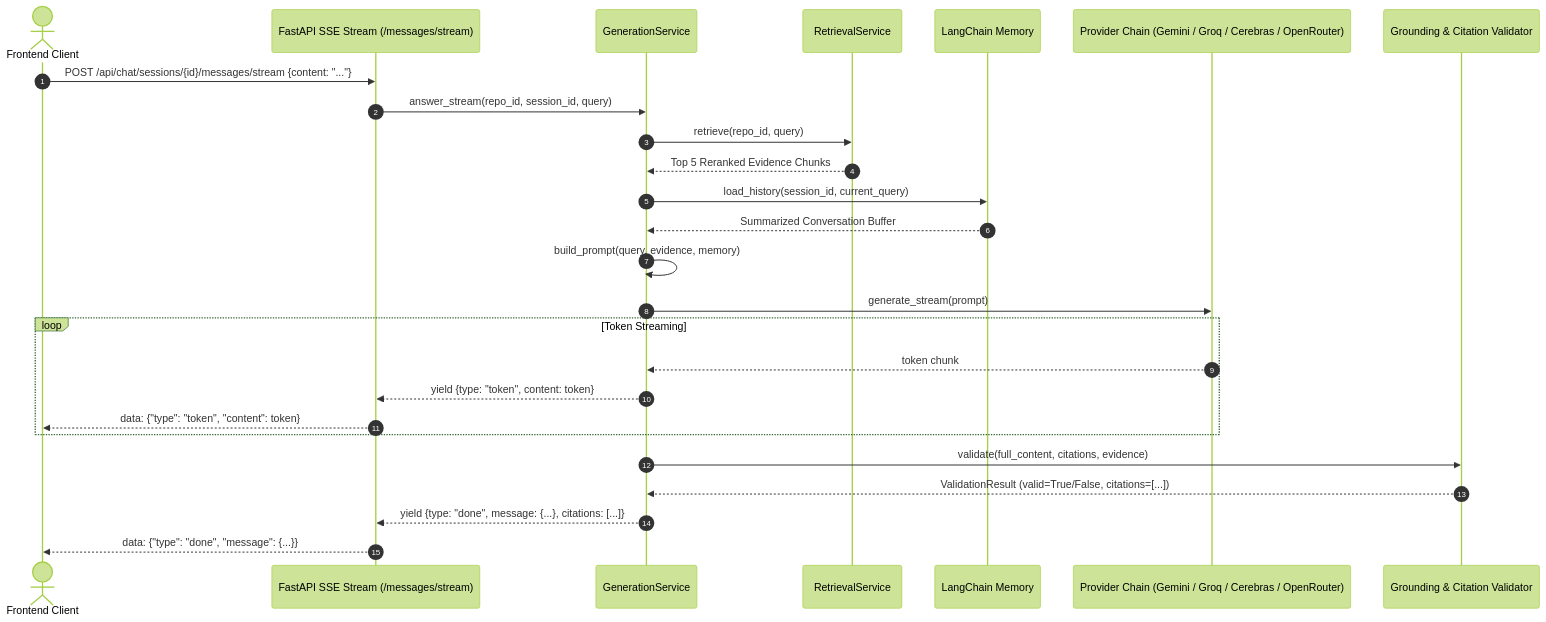
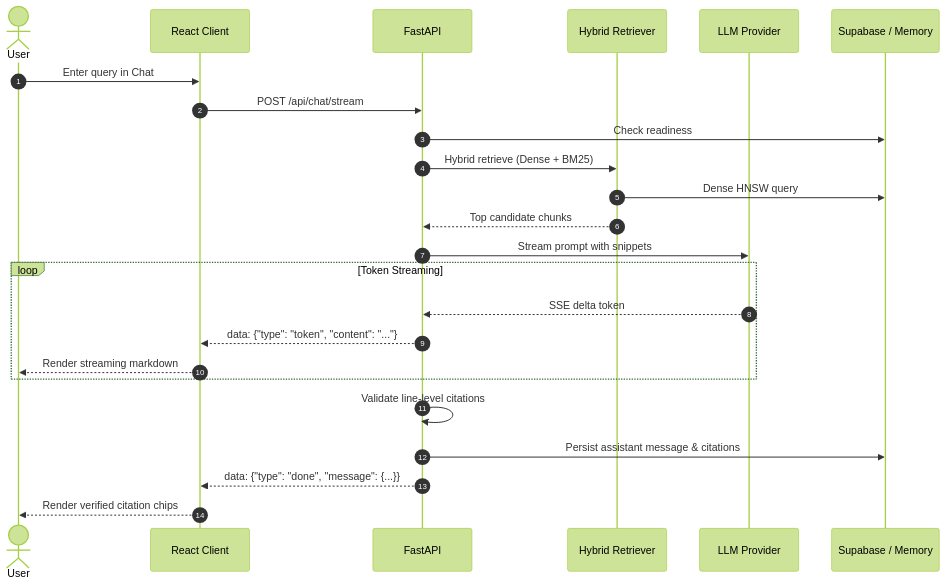
The fourth of 4 diagrams in docs/ARCHITECTURE.md (mohith789p/codeAtlas), drawn with Mermaid (forest theme) before and after one commit. The commit also changed other lines of this file and 156 other files, not shown here.

Commit message:
refactor : modularize backend, frontend and documentation architecture

````diff
--- a/docs/ARCHITECTURE.md
+++ b/docs/ARCHITECTURE.md
@@ -164,32 +223,27 @@
 ```mermaid
 sequenceDiagram
     autonumber
-    actor Client as Frontend Client
-    participant Stream as FastAPI SSE Stream (/messages/stream)
-    participant Gen as GenerationService
-    participant RAG as RetrievalService
-    participant Mem as LangChain Memory
-    participant LLM as Provider Chain (Gemini / Groq / Cerebras / OpenRouter)
-    participant Val as Grounding & Citation Validator
+    actor User
+    participant Frontend as React Client
+    participant Backend as FastAPI
+    participant Retriever as Hybrid Retriever
+    participant LLM as LLM Provider
+    participant DB as Supabase / Memory
 
-    Client->>Stream: POST /api/chat/sessions/{id}/messages/stream {content: "..."}
-    Stream->>Gen: answer_stream(repo_id, session_id, query)
-    Gen->>RAG: retrieve(repo_id, query)
-    RAG-->>Gen: Top 5 Reranked Evidence Chunks
-    Gen->>Mem: load_history(session_id, current_query)
-    Mem-->>Gen: Summarized Conversation Buffer
-    Gen->>Gen: build_prompt(query, evidence, memory)
-    
-    Gen->>LLM: generate_stream(prompt)
+    User->>Frontend: Enter query in Chat
+    Frontend->>Backend: POST /api/chat/stream
+    Backend->>DB: Check readiness
+    Backend->>Retriever: Hybrid retrieve (Dense + BM25)
+    Retriever->>DB: Dense HNSW query
+    Retriever-->>Backend: Top candidate chunks
+    Backend->>LLM: Stream prompt with snippets
     loop Token Streaming
-        LLM-->>Gen: token chunk
-        Gen-->>Stream: yield {type: "token", content: token}
-        Stream-->>Client: data: {"type": "token", "content": token}
+        LLM-->>Backend: SSE delta token
+        Backend-->>Frontend: data: {"type": "token", "content": "..."}
+        Frontend-->>User: Render streaming markdown
     end
-    
-    Gen->>Val: validate(full_content, citations, evidence)
-    Val-->>Gen: ValidationResult (valid=True/False, citations=[...])
-    
-    Gen-->>Stream: yield {type: "done", message: {...}, citations: [...]}
-    Stream-->>Client: data: {"type": "done", "message": {...}}
+    Backend->>Backend: Validate line-level citations
+    Backend->>DB: Persist assistant message & citations
+    Backend-->>Frontend: data: {"type": "done", "message": {...}}
+    Frontend-->>User: Render verified citation chips
 ```
````
